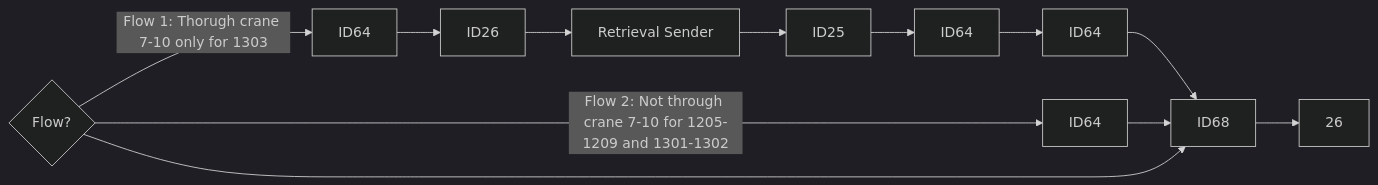
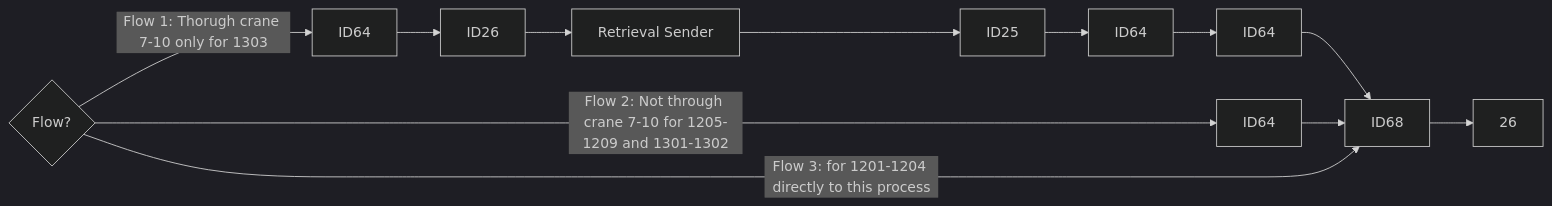
One commit to luthfiadityaa/SimeDarby-Wiki changed the third of 15 diagrams in Basic-Design/DFD-WMS/Retrieval/Specific-Location-Retrieval-Setting.md. Above: the diagram before and after it, drawn with Mermaid (dark theme).

Commit message:
Updated Specific Location Retrieval Setting

```diff
--- a/Basic-Design/DFD-WMS/Retrieval/Specific-Location-Retrieval-Setting.md
+++ b/Basic-Design/DFD-WMS/Retrieval/Specific-Location-Retrieval-Setting.md
@@ -18,9 +18,9 @@
 ::: mermaid
 flowchart LR
 
 Cond1{Flow?} 
 
 Cond1{Flow?}--> |Flow 1: Thorugh crane 7-10 only for 1303| P5[ID64]-->P8[ID26]-->P9[Retrieval Sender]-->P10[ID25]-->P11[ID64]-->P12[ID64]-->P7[ID68]
 Cond1{Flow?}--> |Flow 2: Not through crane 7-10 for 1205-1209 and 1301-1302| P6[ID64]-->P7[ID68]
-Cond1{Flow?}-->P7[ID68]-->P13[26]
+Cond1{Flow?}--> |Flow 3: for 1201-1204 directly to this process| P7[ID68]-->P13[26]
 :::
```
